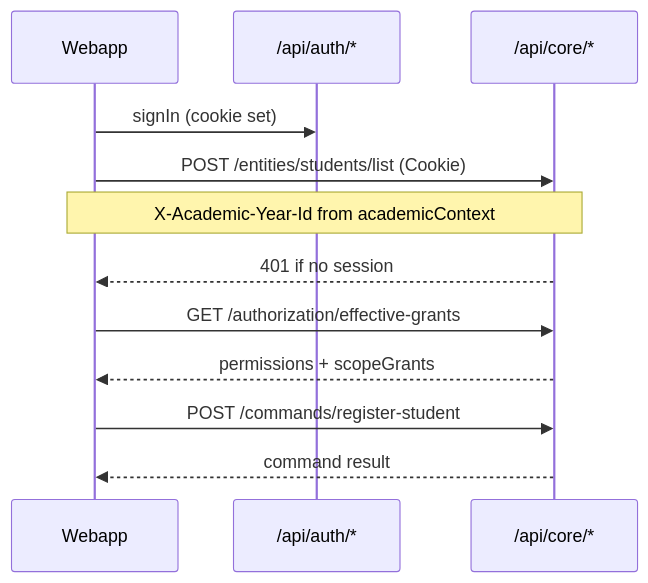
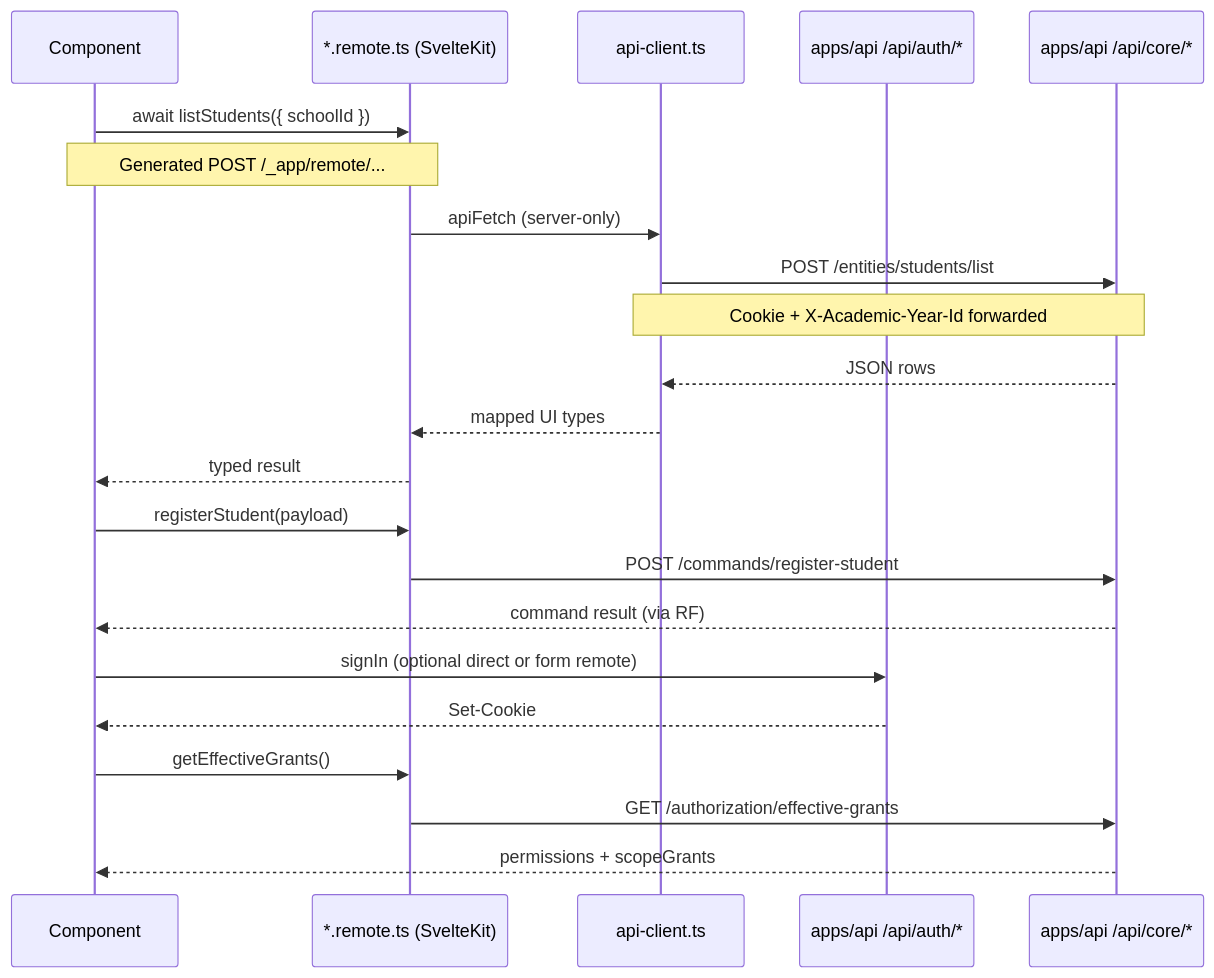
Before and after one commit to Maya-Invest/edaya_backend: the diagram in docs/webapp-api-integration-plan.md, drawn with Mermaid. The commit also changed other lines of this file and 27 other files, not shown here.

````diff
--- a/docs/webapp-api-integration-plan.md
+++ b/docs/webapp-api-integration-plan.md
@@ -245,15 +432,27 @@
 ```mermaid
 sequenceDiagram
-  participant Web as Webapp
-  participant Auth as /api/auth/*
-  participant API as /api/core/*
+  participant UI as Component
+  participant RF as *.remote.ts (SvelteKit)
+  participant BFF as api-client.ts
+  participant Auth as apps/api /api/auth/*
+  participant API as apps/api /api/core/*
 
-  Web->>Auth: signIn (cookie set)
-  Web->>API: POST /entities/students/list (Cookie)
-  Note over Web,API: X-Academic-Year-Id from academicContext
-  API-->>Web: 401 if no session
-  Web->>API: GET /authorization/effective-grants
-  API-->>Web: permissions + scopeGrants
-  Web->>API: POST /commands/register-student
-  API-->>Web: command result
+  UI->>RF: await listStudents({ schoolId })
+  Note over UI,RF: Generated POST /_app/remote/...
+  RF->>BFF: apiFetch (server-only)
+  BFF->>API: POST /entities/students/list
+  Note over BFF,API: Cookie + X-Academic-Year-Id forwarded
+  API-->>BFF: JSON rows
+  BFF-->>RF: mapped UI types
+  RF-->>UI: typed result
+
+  UI->>RF: registerStudent(payload)
+  RF->>API: POST /commands/register-student
+  API-->>UI: command result (via RF)
+
+  UI->>Auth: signIn (optional direct or form remote)
+  Auth-->>UI: Set-Cookie
+  UI->>RF: getEffectiveGrants()
+  RF->>API: GET /authorization/effective-grants
+  API-->>UI: permissions + scopeGrants
 ```
````
